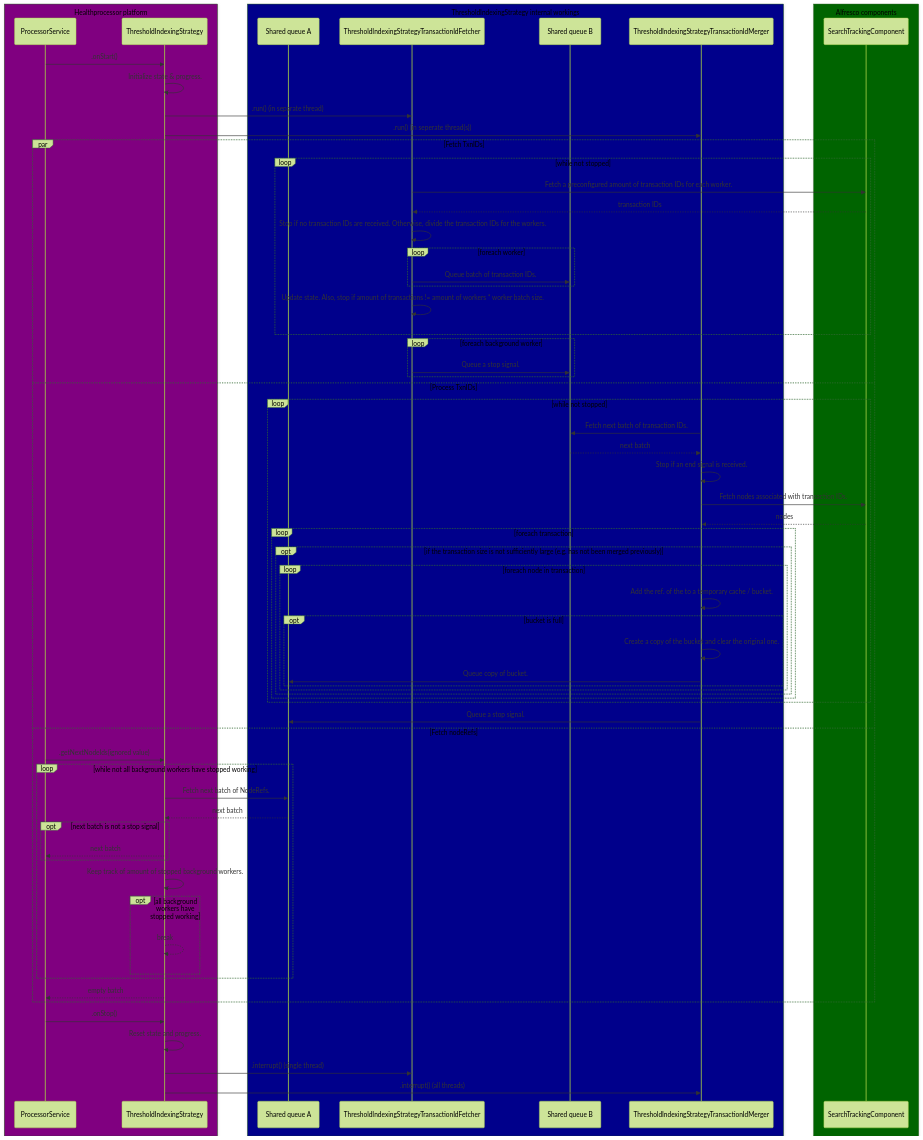
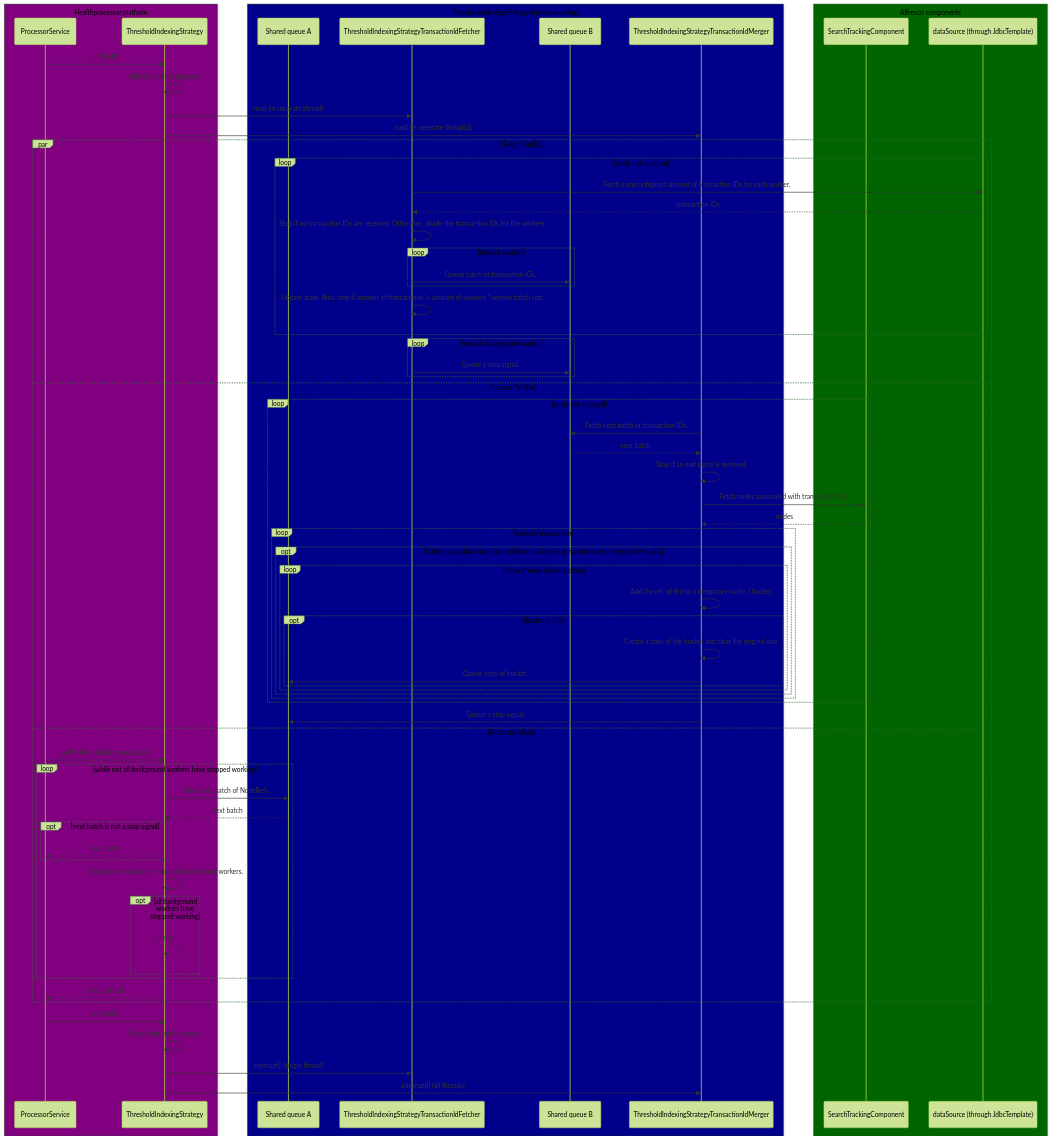
One commit to xenit-eu/alfresco-health-processor changed the diagram in docs/indexing/threshold-indexer-mermaid-diagram.md. Above: the diagram before and after it, drawn with Mermaid (forest theme). The commit also changed 1 other file, not shown here.

Commit message:
[NYS2AWS-134] updated diagrams

````diff
--- a/docs/indexing/threshold-indexer-mermaid-diagram.md
+++ b/docs/indexing/threshold-indexer-mermaid-diagram.md
@@ -1,78 +1,79 @@
 ```mermaid
 sequenceDiagram
     box Purple Healthprocessor platform
     participant ProcessorService
     participant ThresholdIndexingStrategy
     end
     box Darkblue ThresholdIndexingStrategy internal workings
     participant Shared queue A
     participant ThresholdIndexingStrategyTransactionIdFetcher
     participant Shared queue B
     participant ThresholdIndexingStrategyTransactionIdMerger
     end
     box Darkgreen Alfresco components
     participant SearchTrackingComponent
+    participant dataSource (through JdbcTemplate)
     end
 
     
     ProcessorService->>ThresholdIndexingStrategy: .onStart()
     ThresholdIndexingStrategy->>ThresholdIndexingStrategy: Initialize state & progress.
     ThresholdIndexingStrategy->>ThresholdIndexingStrategyTransactionIdFetcher: .run() (in separate thread)
     ThresholdIndexingStrategy->>ThresholdIndexingStrategyTransactionIdMerger: .run() (in seperate thread(s))
     
     par Fetch TxnIDs
         loop while not stopped
-            ThresholdIndexingStrategyTransactionIdFetcher->>SearchTrackingComponent: Fetch a preconfigured amount of transaction IDs for each worker.
-            SearchTrackingComponent-->>ThresholdIndexingStrategyTransactionIdFetcher: transaction IDs
+            ThresholdIndexingStrategyTransactionIdFetcher->>dataSource (through JdbcTemplate): Fetch a preconfigured amount of transaction IDs for each worker.
+            dataSource (through JdbcTemplate)-->>ThresholdIndexingStrategyTransactionIdFetcher: transaction IDs
             ThresholdIndexingStrategyTransactionIdFetcher->>ThresholdIndexingStrategyTransactionIdFetcher: Stop if no transaction IDs are received. Otherwise, divide the transaction IDs for the workers.
             loop foreach worker
                 ThresholdIndexingStrategyTransactionIdFetcher->>Shared queue B: Queue batch of transaction IDs.
             end
             ThresholdIndexingStrategyTransactionIdFetcher->>ThresholdIndexingStrategyTransactionIdFetcher: Update state. Also, stop if amount of transactions != amount of workers * worker batch size.
         end
         loop foreach background worker
             ThresholdIndexingStrategyTransactionIdFetcher->>Shared queue B: Queue a stop signal.
         end
 
     and Process TxnIDs
         loop while not stopped
             ThresholdIndexingStrategyTransactionIdMerger->>Shared queue B: Fetch next batch of transaction IDs. 
             Shared queue B-->>ThresholdIndexingStrategyTransactionIdMerger: next batch
             ThresholdIndexingStrategyTransactionIdMerger->>ThresholdIndexingStrategyTransactionIdMerger: Stop if an end signal is received.
             ThresholdIndexingStrategyTransactionIdMerger->>SearchTrackingComponent: Fetch nodes associated with transaction IDs.
             SearchTrackingComponent-->>ThresholdIndexingStrategyTransactionIdMerger: nodes
             loop foreach transaction
                 opt if the transaction size is not sufficiently large (e.g. has not been merged previously)
                     loop foreach node in transaction
                         ThresholdIndexingStrategyTransactionIdMerger->>ThresholdIndexingStrategyTransactionIdMerger: Add the ref. of the to a temporary cache / bucket.
                         opt bucket is full
                             ThresholdIndexingStrategyTransactionIdMerger->>ThresholdIndexingStrategyTransactionIdMerger: Create a copy of the bucket and clear the original one.
                             ThresholdIndexingStrategyTransactionIdMerger->>Shared queue A: Queue copy of bucket.
                         end
                     end
                 end
             end
         end
         ThresholdIndexingStrategyTransactionIdMerger->>Shared queue A: Queue a stop signal.
     
     and Fetch nodeRefs
         ProcessorService->>ThresholdIndexingStrategy: .getNextNodeIds(ignored value)
         loop while not all background workers have stopped working
             ThresholdIndexingStrategy->>Shared queue A: Fetch next batch of NodeRefs.
             Shared queue A-->>ThresholdIndexingStrategy: next batch
             opt next batch is not a stop signal
                 ThresholdIndexingStrategy-->>ProcessorService: next batch
             end
             ThresholdIndexingStrategy->>ThresholdIndexingStrategy: Keep track of amount of stopped background workers.
             opt all background workers have stopped working
                 ThresholdIndexingStrategy-->>ThresholdIndexingStrategy: break
             end
         end
         ThresholdIndexingStrategy-->>ProcessorService: empty batch
     end
 
     ProcessorService->>ThresholdIndexingStrategy: .onStop()
     ThresholdIndexingStrategy->>ThresholdIndexingStrategy: Reset state and progress.
     ThresholdIndexingStrategy->>ThresholdIndexingStrategyTransactionIdFetcher: .interrupt() (single thread)
     ThresholdIndexingStrategy->>ThresholdIndexingStrategyTransactionIdMerger: .interrupt() (all threads)
 ```
````
